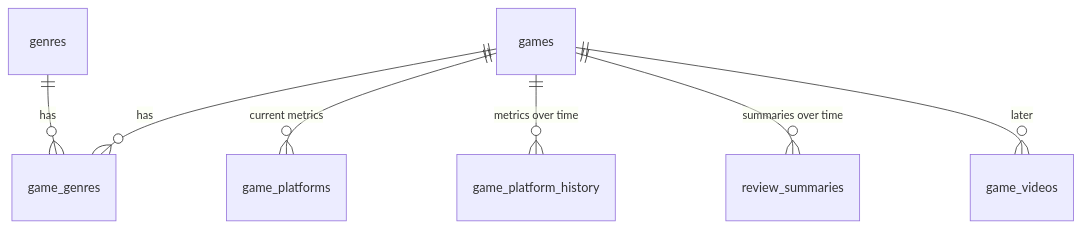
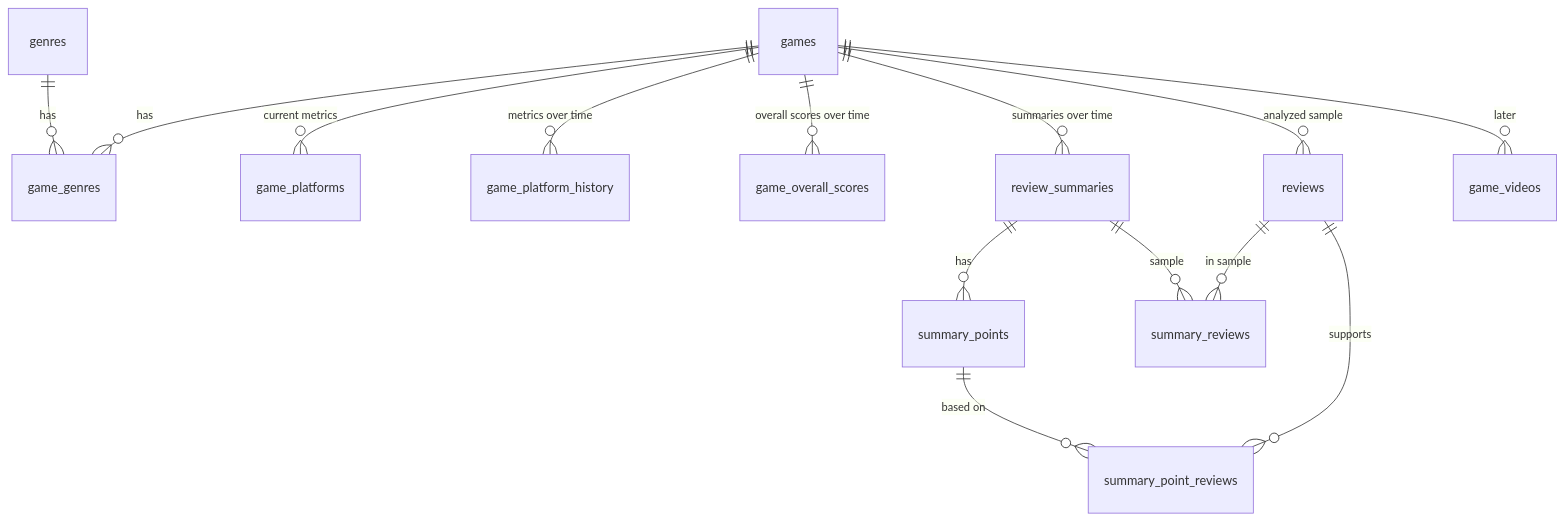
Before and after one commit to BuDum-Tss/metacritic_dashboard: the diagram in docs/DATABASE.md, drawn with Mermaid. The commit also changed other lines of this file and 47 other files, not shown here.

First line of the commit message:
Add review summaries, overall scores and Metacritic-style game card

````diff
--- a/docs/DATABASE.md
+++ b/docs/DATABASE.md
@@ -13,9 +13,16 @@
 ```mermaid
 erDiagram
     games ||--o{ game_genres : has
     genres ||--o{ game_genres : has
     games ||--o{ game_platforms : "current metrics"
     games ||--o{ game_platform_history : "metrics over time"
+    games ||--o{ game_overall_scores : "overall scores over time"
     games ||--o{ review_summaries : "summaries over time"
+    games ||--o{ reviews : "analyzed sample"
+    review_summaries ||--o{ summary_points : has
+    review_summaries ||--o{ summary_reviews : "sample"
+    reviews ||--o{ summary_reviews : "in sample"
+    summary_points ||--o{ summary_point_reviews : "based on"
+    reviews ||--o{ summary_point_reviews : "supports"
     games ||--o{ game_videos : "later"
 ```
````
